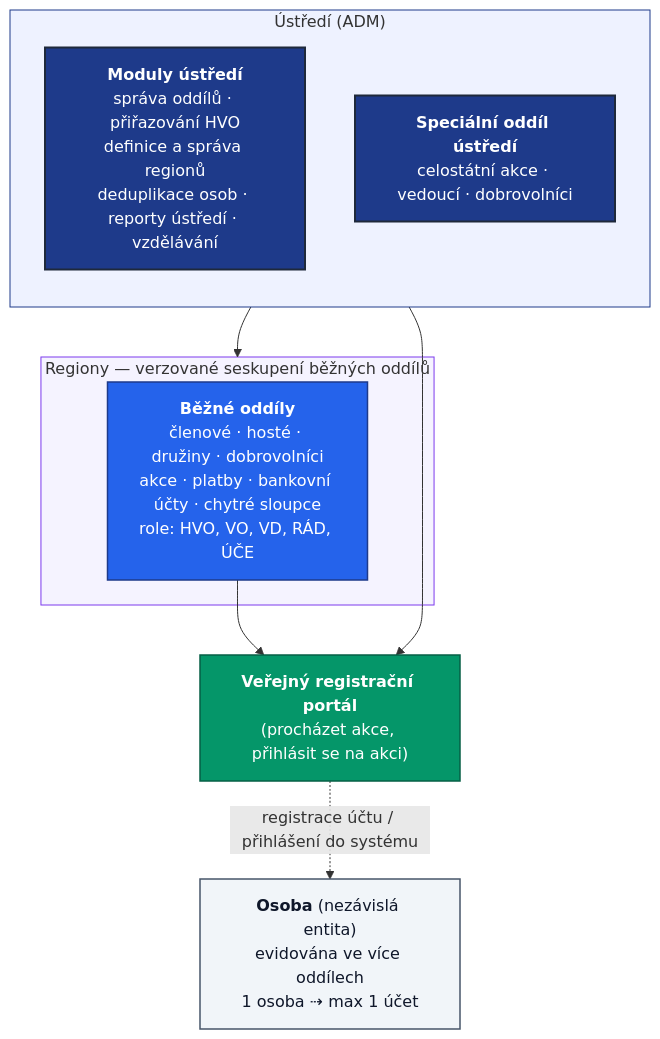
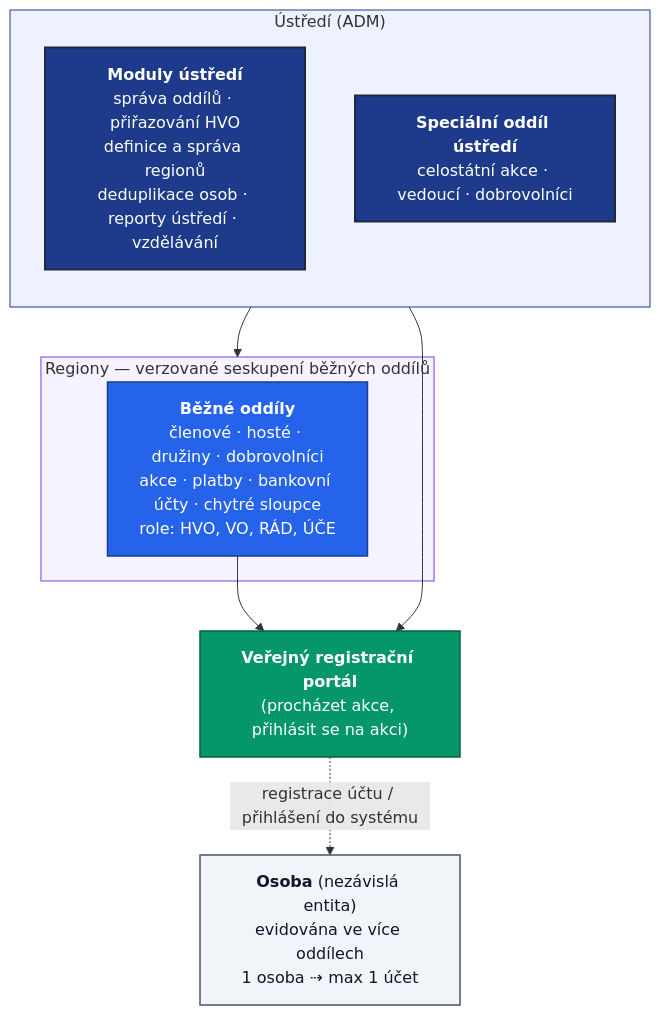
The diagram in README.md (jendamozna/du-doc), drawn with Mermaid before and after one commit. The commit also changed other lines of this file and 8 other files, not shown here.

````diff
--- a/README.md
+++ b/README.md
@@ -15,33 +15,33 @@
 ```mermaid
 flowchart TD
     subgraph USTREDI["Ústředí (ADM)"]
         direction TB
         MODULY["<b>Moduly ústředí</b><br/>správa oddílů · přiřazování HVO<br/>definice a správa regionů<br/>deduplikace osob · reporty ústředí · vzdělávání"]
         USTODD["<b>Speciální oddíl ústředí</b><br/>celostátní akce · vedoucí · dobrovolníci"]
     end
 
     subgraph REGIONY["Regiony — verzované seskupení běžných oddílů"]
-        ODDILY["<b>Běžné oddíly</b><br/>členové · hosté · družiny · dobrovolníci<br/>akce · platby · bankovní účty · chytré sloupce<br/>role: HVO, VO, VD, RÁD, ÚČE"]
+        ODDILY["<b>Běžné oddíly</b><br/>členové · hosté · družiny · dobrovolníci<br/>akce · platby · bankovní účty · chytré sloupce<br/>role: HVO, VO, RÁD, ÚČE"]
     end
 
     PORTAL["<b>Veřejný registrační portál</b><br/>(procházet akce, přihlásit se na akci)"]
     OSOBA["<b>Osoba</b> (nezávislá entita)<br/>evidována ve více oddílech<br />1 osoba ⇢ max 1 účet"]
 
     MODULY --> REGIONY
     USTODD --> PORTAL
     ODDILY --> PORTAL
     PORTAL -. "registrace účtu / přihlášení do systému" .-> OSOBA
 
     classDef modul fill:#1e3a8a,stroke:#1e293b,stroke-width:2px,color:#ffffff;
     classDef oddil fill:#2563eb,stroke:#1e3a8a,stroke-width:1.5px,color:#ffffff;
     classDef portal fill:#059669,stroke:#065f46,stroke-width:1.5px,color:#ffffff;
     classDef osoba fill:#f1f5f9,stroke:#475569,stroke-width:1.5px,color:#0f172a;
 
     class MODULY,USTODD modul;
     class ODDILY oddil;
     class PORTAL portal;
     class OSOBA osoba;
 
     style USTREDI fill:#eef2ff,stroke:#1e3a8a,stroke-width:1px;
     style REGIONY fill:#f5f3ff,stroke:#7c3aed,stroke-width:1px;
 ```
````
